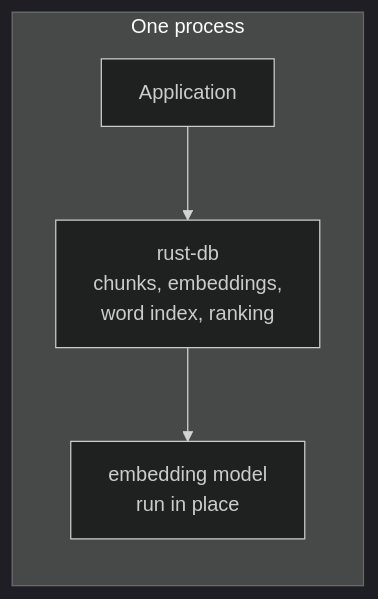
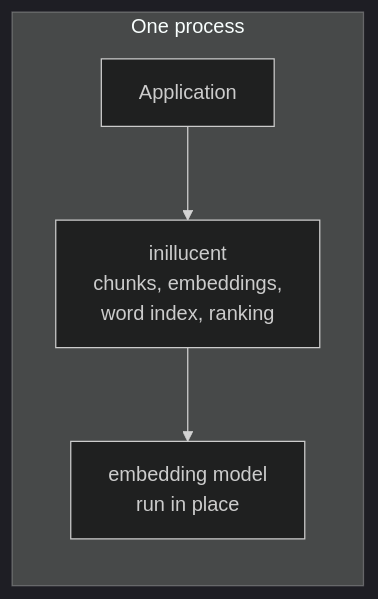
Before and after one commit to jasonmcaffee/inillucent: the second of 5 diagrams in architecture.md, drawn with Mermaid (dark theme). The commit also changed other lines of this file and 767 other files, not shown here.

````diff
--- a/architecture.md
+++ b/architecture.md
@@ -57,7 +57,7 @@
 ```mermaid
 flowchart LR
     subgraph One["One process"]
-        App["Application"] --> RDB["rust-db<br/>chunks, embeddings,<br/>word index, ranking"]
+        App["Application"] --> RDB["inillucent<br/>chunks, embeddings,<br/>word index, ranking"]
         RDB --> ONNX["embedding model<br/>run in place"]
     end
 ```
````
